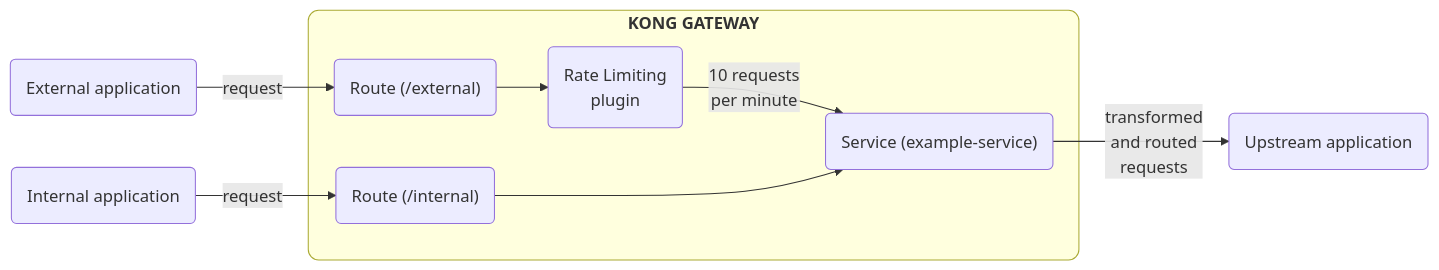
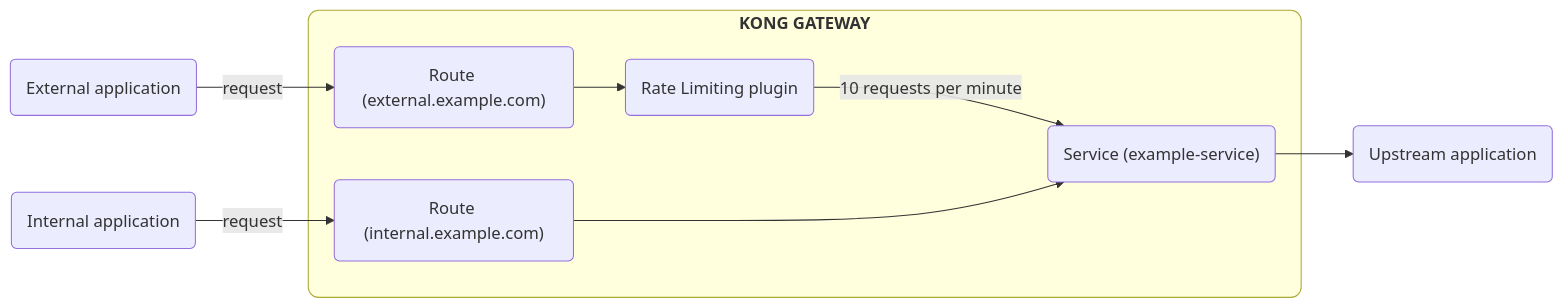
The diagram in app/_gateway_entities/route.md (Kong/developer.konghq.com), drawn with Mermaid before and after one commit. The commit also changed other lines of this file and 2 other files, not shown here.

```diff
--- a/app/_gateway_entities/route.md
+++ b/app/_gateway_entities/route.md
@@ -78,28 +55,24 @@
 {% mermaid %}
 flowchart LR
   A(External application)
-  B("`Route (/external)`")
-  B2(Rate Limiting 
-  plugin)
+  B("`Route (external.example.com)`")
+  B2(Rate Limiting plugin)
   C("`Service (example-service)`")
   D(Upstream application)
   E(Internal application)
-  F("`Route (/internal)`")
+  F("`Route (internal.example.com)`")
 
   A --request--> B
   E --request--> F
 
   subgraph id1 ["`
   **KONG GATEWAY**`"]
-    B --> B2 --"10 requests 
-    per minute"--> C
+    B --> B2 --"10 requests per minute"--> C
     F ---> C
   end
 
-  C --transformed 
-  and routed 
-  requests--> D
+  C --> D
 
   style id1 rx:10,ry:10
 
 {% endmermaid %}
```
